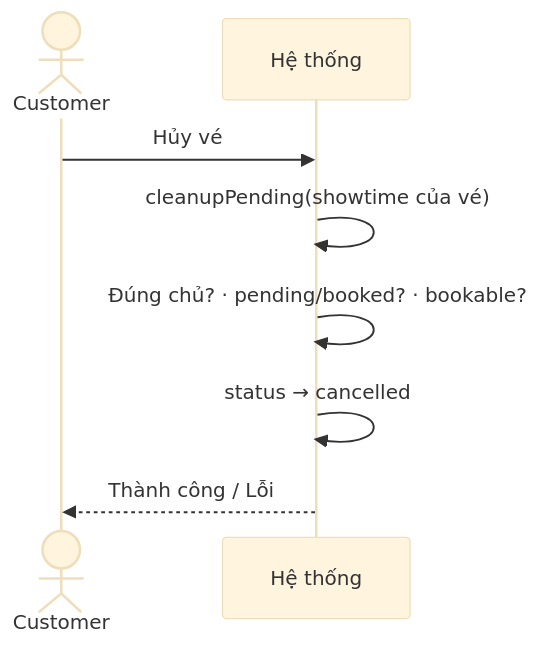
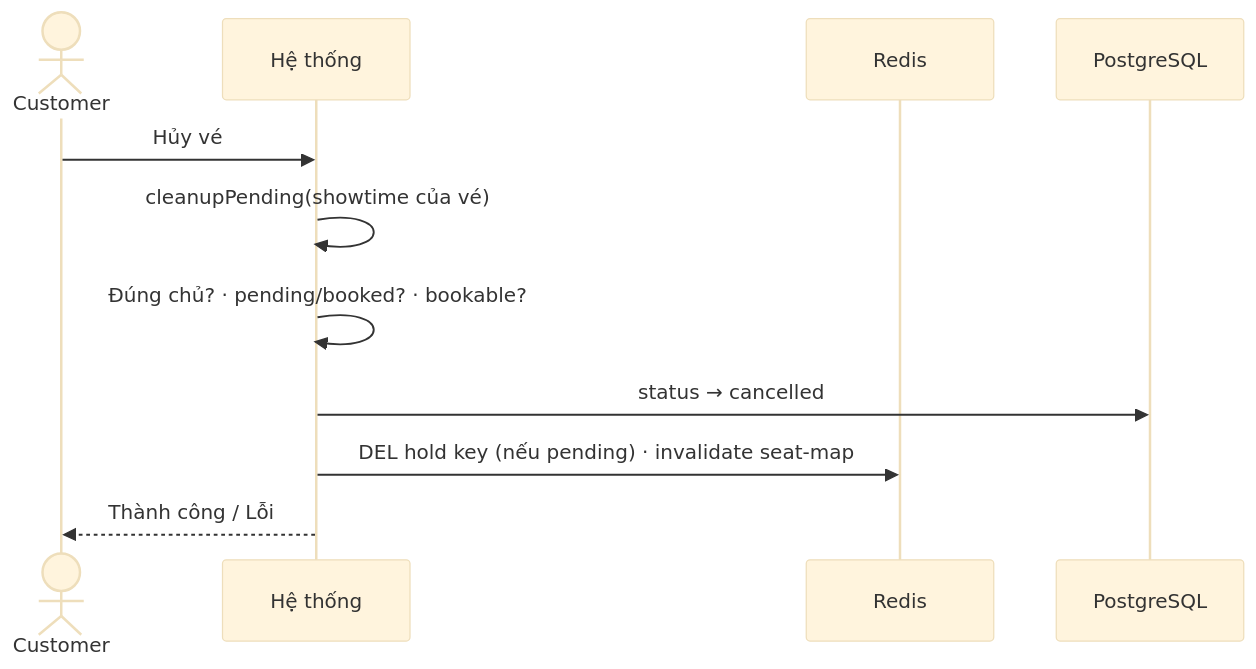
The sixth of 11 diagrams in myproject/SPEC.md (Hoangvu2911/SBU5_learnPython), drawn with Mermaid (base theme) before and after one commit. The commit also changed other lines of this file, not shown here.

Commit message:
update redis for hold seat specs

````diff
--- a/myproject/SPEC.md
+++ b/myproject/SPEC.md
@@ -346,11 +390,14 @@
 ```mermaid
 sequenceDiagram
   actor C as Customer
   participant S as Hệ thống
+  participant R as Redis
+  participant DB as PostgreSQL
 
   C->>S: Hủy vé
   S->>S: cleanupPending(showtime của vé)
   S->>S: Đúng chủ? · pending/booked? · bookable?
-  S->>S: status → cancelled
+  S->>DB: status → cancelled
+  S->>R: DEL hold key (nếu pending) · invalidate seat-map
   S-->>C: Thành công / Lỗi
 ```
````
